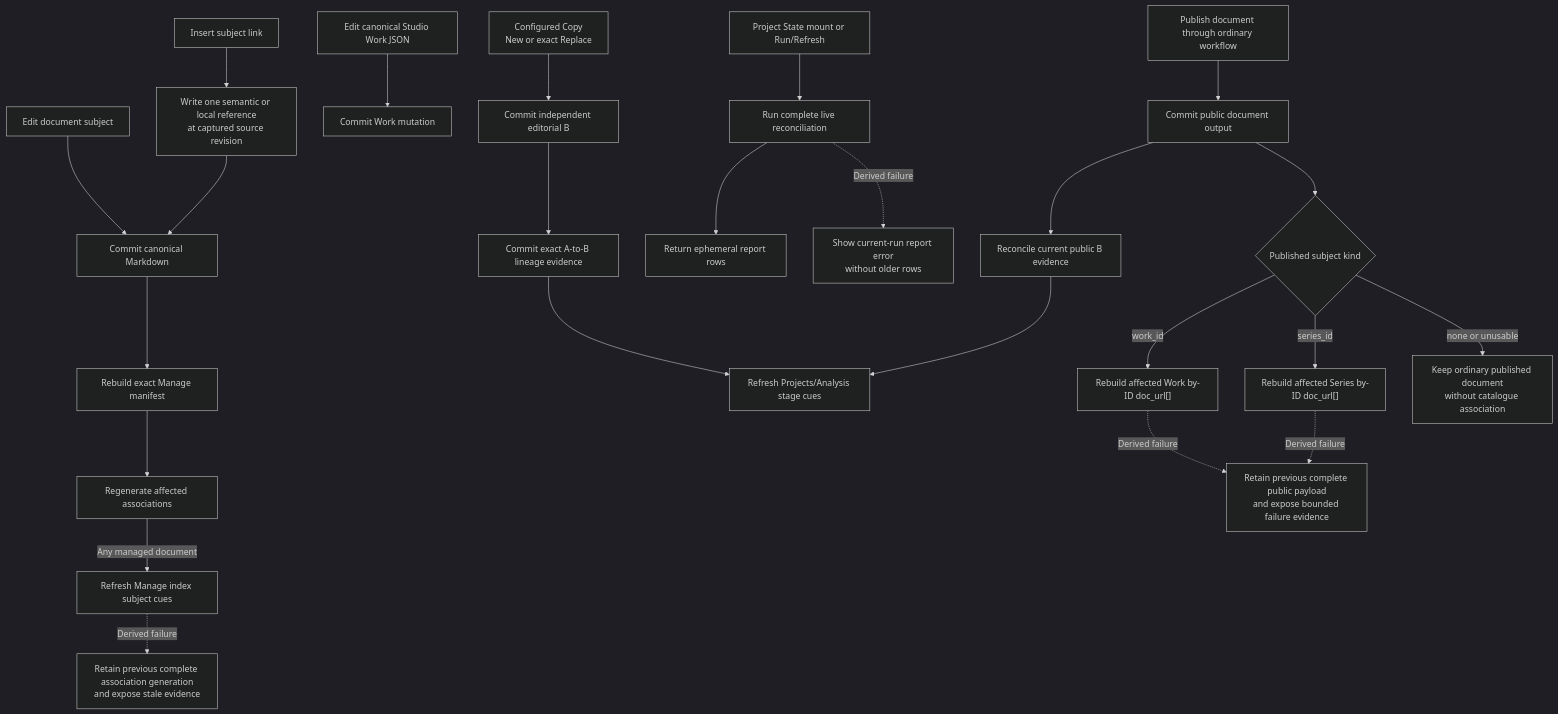
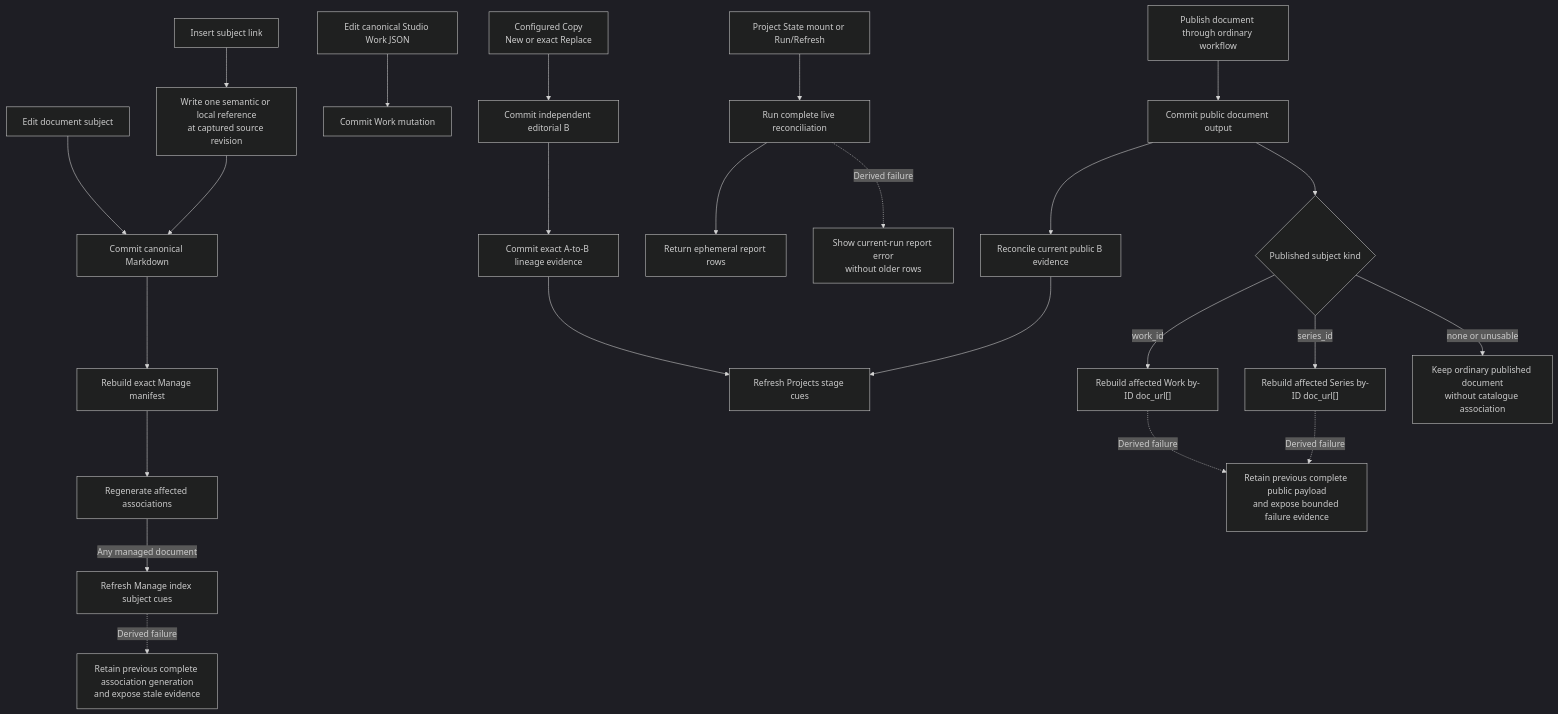
The third of 3 diagrams in docs-viewer/scopes/studio/source/documents/d-20260802-194358-7717ee.md (dotlineform/dotlineform-site), drawn with Mermaid (dark theme) before and after one commit. The commit also changed other lines of this file and 31 other files, not shown here.

````diff
--- a/docs-viewer/scopes/studio/source/documents/d-20260802-194358-7717ee.md
+++ b/docs-viewer/scopes/studio/source/documents/d-20260802-194358-7717ee.md
@@ -282,35 +282,35 @@
 ```mermaid
 flowchart TD
     accTitle: Sub-Scope Publishing mutation and refresh boundaries
     accDescr: Canonical mutations retain their owners; Copy records exact lineage, Publish records current public evidence, subject links remain authored snapshots, and public catalogue metadata follows exact published subjects.
 
     docEdit["Edit document subject"] --> docCommit["Commit canonical Markdown"]
     docCommit --> manageBuild["Rebuild exact Manage manifest"]
     manageBuild --> associationBuild["Regenerate affected associations"]
     associationBuild -->|"Any managed document"| indexCues["Refresh Manage index subject cues"]
 
     sourceAction["Insert subject link"] --> sourceSnapshot["Write one semantic or local reference<br/>at captured source revision"]
     sourceSnapshot --> docCommit
 
     workEdit["Edit canonical Studio Work JSON"] --> workCommit["Commit Work mutation"]
 
     reportRun["Project State mount or Run/Refresh"] --> projectRefresh["Run complete live reconciliation"]
     projectRefresh --> reportRows["Return ephemeral report rows"]
 
     copyChoice["Configured Copy<br/>New or exact Replace"] --> editorialCommit["Commit independent editorial B"]
     editorialCommit --> lineageCopy["Commit exact A-to-B lineage evidence"]
 
     publish["Publish document through ordinary workflow"] --> publicDocs["Commit public document output"]
     publicDocs --> lineagePublish["Reconcile current public B evidence"]
-    lineageCopy --> publicationCues["Refresh Projects/Analysis stage cues"]
+    lineageCopy --> publicationCues["Refresh Projects stage cues"]
     lineagePublish --> publicationCues
     publicDocs --> subjectRoute{"Published subject kind"}
     subjectRoute -->|"work_id"| workJson["Rebuild affected Work by-ID doc_url[]"]
     subjectRoute -->|"series_id"| seriesJson["Rebuild affected Series by-ID doc_url[]"]
     subjectRoute -->|"none or unusable"| ordinaryPublic["Keep ordinary published document<br/>without catalogue association"]
 
     projectRefresh -. "Derived failure" .-> reportFailure["Show current-run report error<br/>without older rows"]
     indexCues -. "Derived failure" .-> privateStale["Retain previous complete association generation<br/>and expose stale evidence"]
     workJson -. "Derived failure" .-> publicStale["Retain previous complete public payload<br/>and expose bounded failure evidence"]
     seriesJson -. "Derived failure" .-> publicStale
 ```
````
